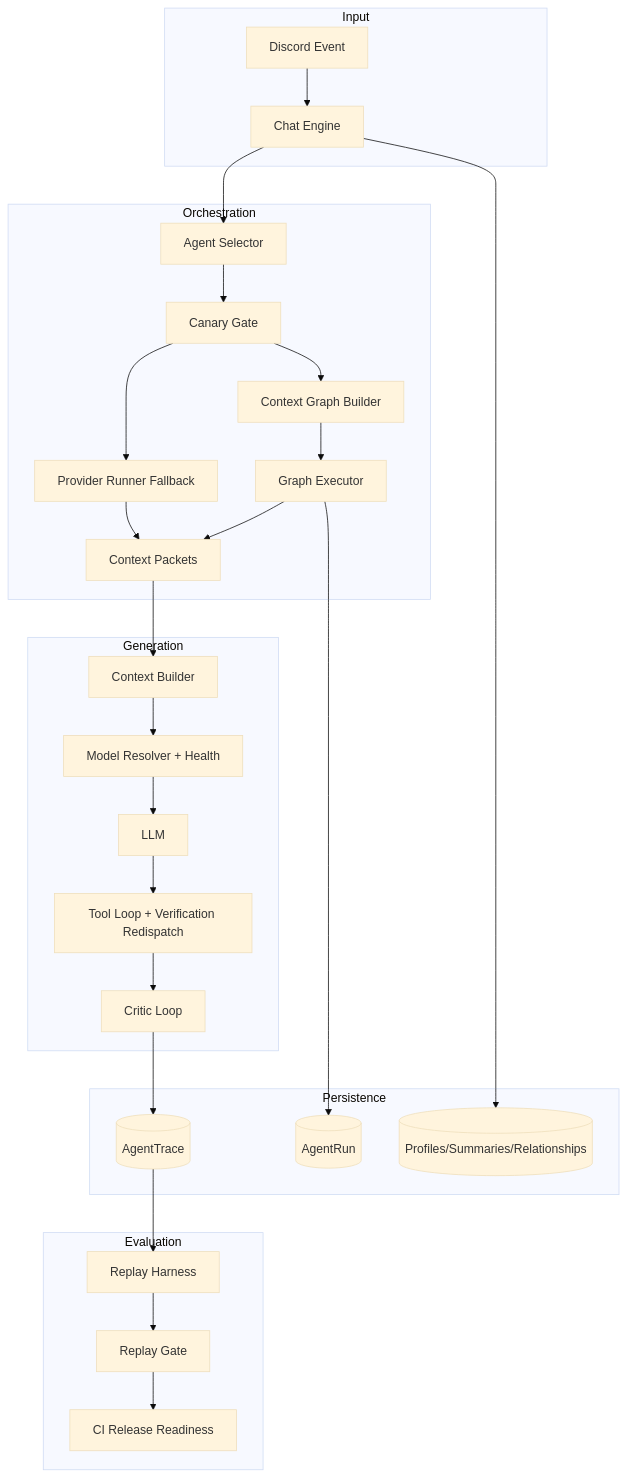
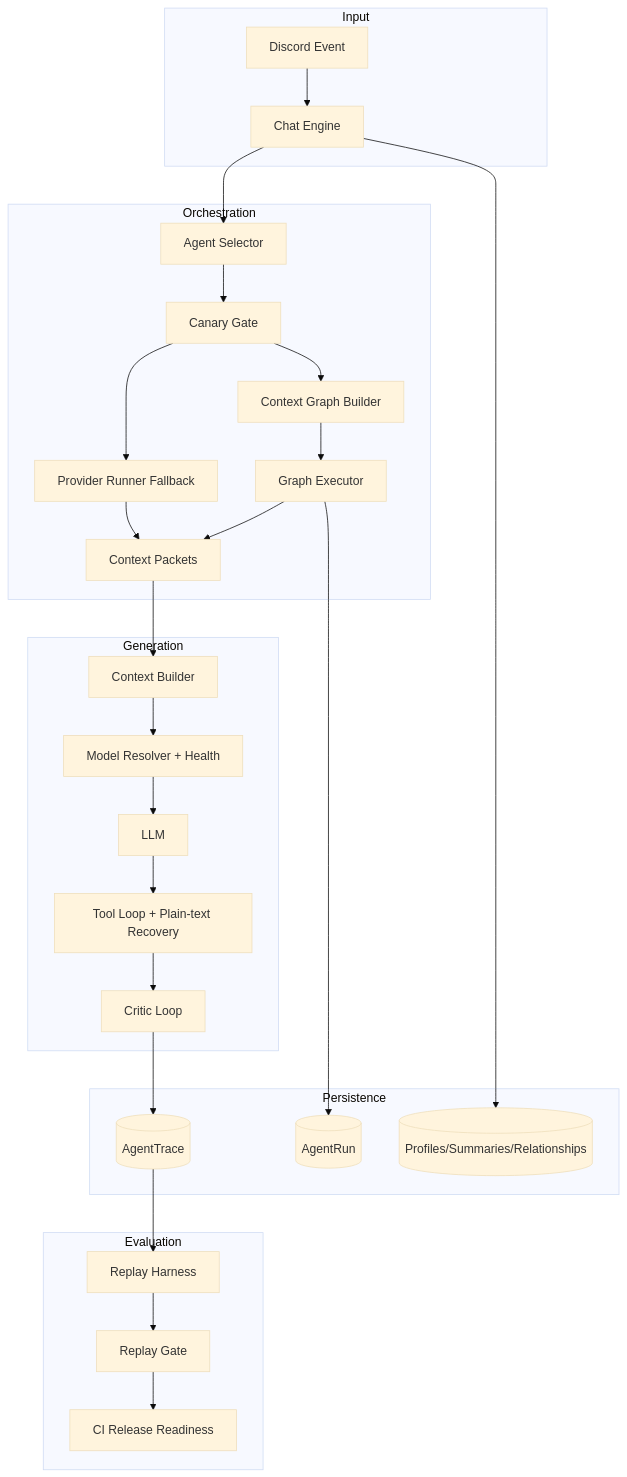
The second of 2 diagrams in docs/AGENTIC_ARCHITECTURE.md (BokX1/Sage), drawn with Mermaid (base theme) before and after one commit. The commit also changed other lines of this file and 5 other files, not shown here.

Commit message:
docs: align runtime architecture and budget guidance with current code

````diff
--- a/docs/AGENTIC_ARCHITECTURE.md
+++ b/docs/AGENTIC_ARCHITECTURE.md
@@ -168,44 +170,44 @@
 ```mermaid
 flowchart TB
     subgraph Input
       A[Discord Event]
       B[Chat Engine]
     end
 
     subgraph Orchestration
       C[Agent Selector]
       D[Canary Gate]
       E[Context Graph Builder]
       F[Graph Executor]
       G[Provider Runner Fallback]
       H[Context Packets]
     end
 
     subgraph Generation
       I[Context Builder]
       J[Model Resolver + Health]
       K[LLM]
-      L[Tool Loop + Verification Redispatch]
+      L[Tool Loop + Plain-text Recovery]
       M[Critic Loop]
     end
 
     subgraph Persistence
       N[(AgentTrace)]
       O[(AgentRun)]
       P[(Profiles/Summaries/Relationships)]
     end
 
     subgraph Evaluation
       Q[Replay Harness]
       R[Replay Gate]
       S[CI Release Readiness]
     end
 
     A --> B --> C --> D
     D --> E --> F --> H
     D --> G --> H
     H --> I --> J --> K --> L --> M --> N
     F --> O
     B --> P
     N --> Q --> R --> S
 ```
````
